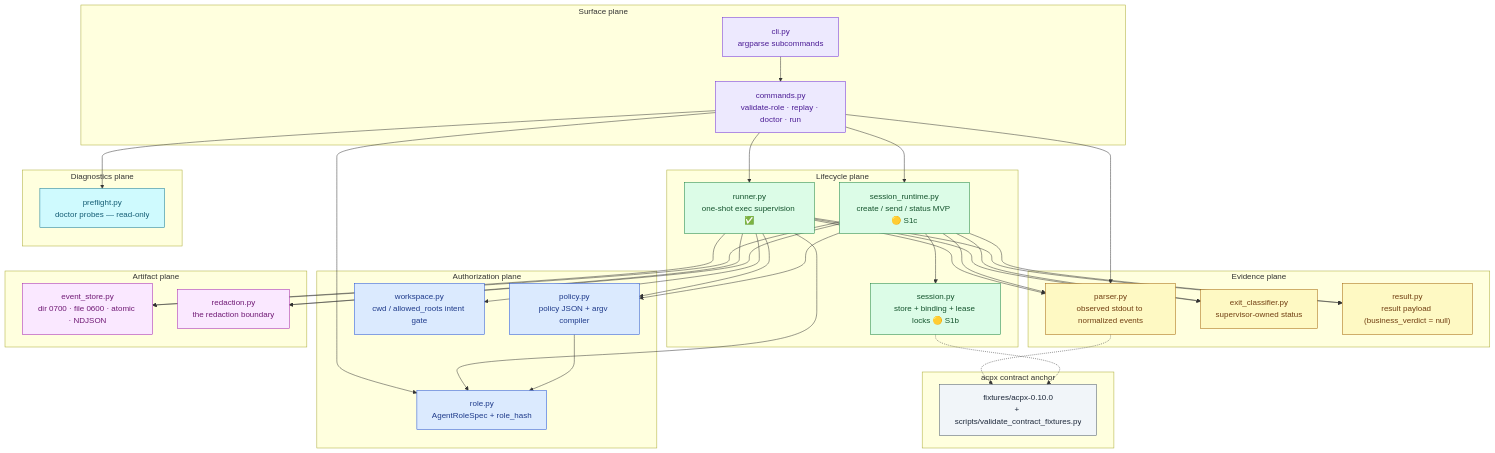
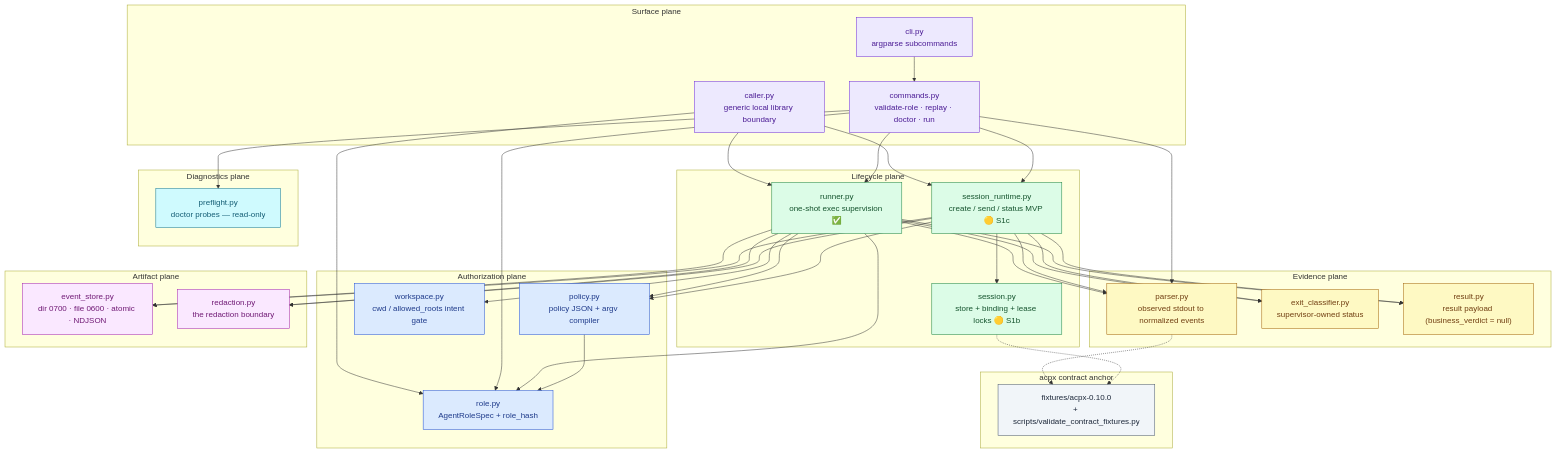
Before and after one commit to jovijovi/agent-run-supervisor: the second of 7 diagrams in docs/design/architecture.md, drawn with Mermaid. The commit also changed other lines of this file and 9 other files, not shown here.

First line of the commit message:
feat: add local caller integration boundary

````diff
--- a/docs/design/architecture.md
+++ b/docs/design/architecture.md
@@ -126,6 +126,7 @@
 ```mermaid
 flowchart TB
     subgraph SURFACE["Surface plane"]
+        CALLER["caller.py<br/>generic local library boundary"]
         CLI["cli.py<br/>argparse subcommands"]
         CMD["commands.py<br/>validate-role · replay · doctor · run"]
     end
@@ -162,6 +163,9 @@
     end
 
     CLI --> CMD
+    CALLER --> ROLE
+    CALLER --> RUN
+    CALLER --> SESSRT
     CMD --> ROLE
     CMD --> RUN
     CMD --> PARSE
@@ -195,7 +199,7 @@
     classDef contract fill:#f1f5f9,stroke:#475569,color:#1e293b;
     classDef planned fill:#f8fafc,stroke:#64748b,color:#334155,stroke-dasharray: 5 5;
 
-    class CLI,CMD surface;
+    class CALLER,CLI,CMD surface;
     class ROLE,POL,WS authz;
     class RUN life;
     class SESS,SESSRT life;
````
